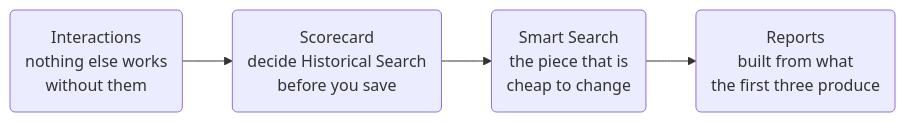
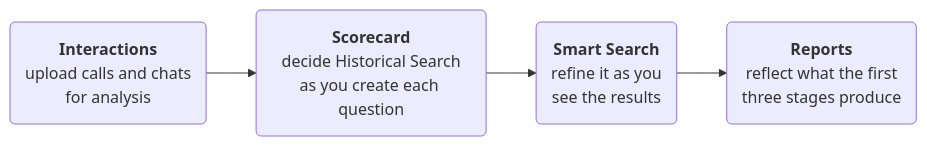
The diagram in docs/explanation/how-the-pieces-fit.md (Botlhale-AI/docs-vela), drawn with Mermaid before and after one commit. The commit also changed other lines of this file and 37 other files, not shown here.

````diff
--- a/docs/explanation/how-the-pieces-fit.md
+++ b/docs/explanation/how-the-pieces-fit.md
@@ -31,6 +31,6 @@
 ```mermaid
 flowchart LR
-    A("Interactions<br/>nothing else works<br/>without them") --> B("Scorecard<br/>decide Historical Search<br/>before you save")
-    B --> C("Smart Search<br/>the piece that is<br/>cheap to change")
-    C --> D("Reports<br/>built from what<br/>the first three produce")
+    A("<b>Interactions</b><br/>upload calls and chats<br/>for analysis") --> B("<b>Scorecard</b><br/>decide Historical Search<br/>as you create each question")
+    B --> C("<b>Smart Search</b><br/>refine it as you<br/>see the results")
+    C --> D("<b>Reports</b><br/>reflect what the first<br/>three stages produce")
 ```
````
